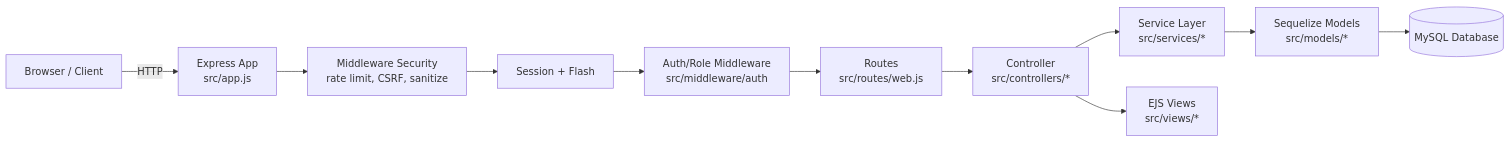
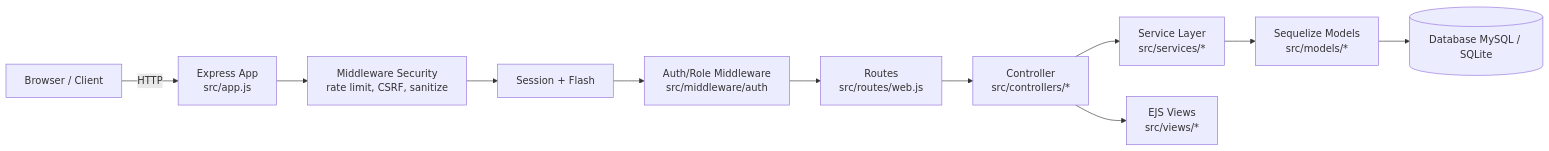
One commit to farsy06/ukk changed the second of 5 diagrams in docs/UKK_Dokumentasi.md. Above: the diagram before and after it, drawn with Mermaid. The commit also changed other lines of this file and 22 other files, not shown here.

````diff
--- a/docs/UKK_Dokumentasi.md
+++ b/docs/UKK_Dokumentasi.md
@@ -365,13 +366,13 @@
 ```mermaid
 flowchart LR
   A[Browser / Client] -->|HTTP| B[Express App<br/>src/app.js]
   B --> C[Middleware Security<br/>rate limit, CSRF, sanitize]
   C --> D[Session + Flash]
   D --> E[Auth/Role Middleware<br/>src/middleware/auth]
   E --> F[Routes<br/>src/routes/web.js]
   F --> G[Controller<br/>src/controllers/*]
   G --> H[Service Layer<br/>src/services/*]
   H --> I[Sequelize Models<br/>src/models/*]
-  I --> J[(MySQL Database)]
+  I --> J[(Database MySQL / SQLite)]
   G --> K[EJS Views<br/>src/views/*]
 ```
````
